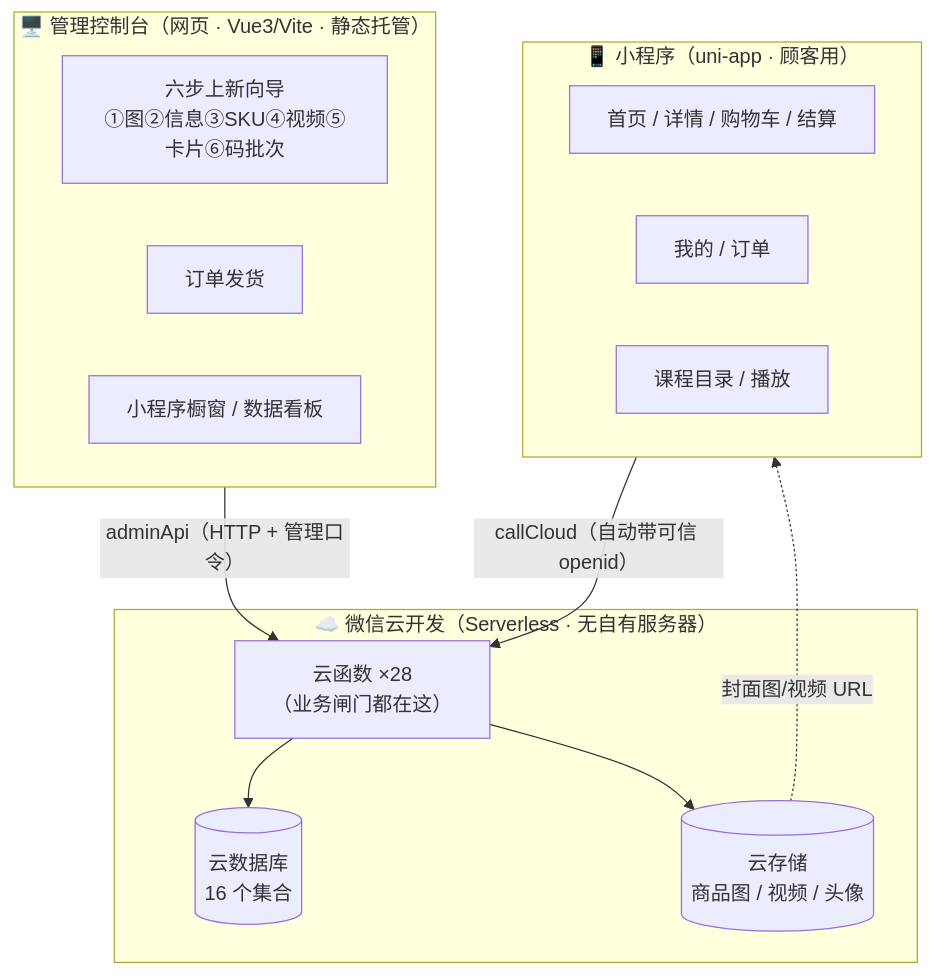
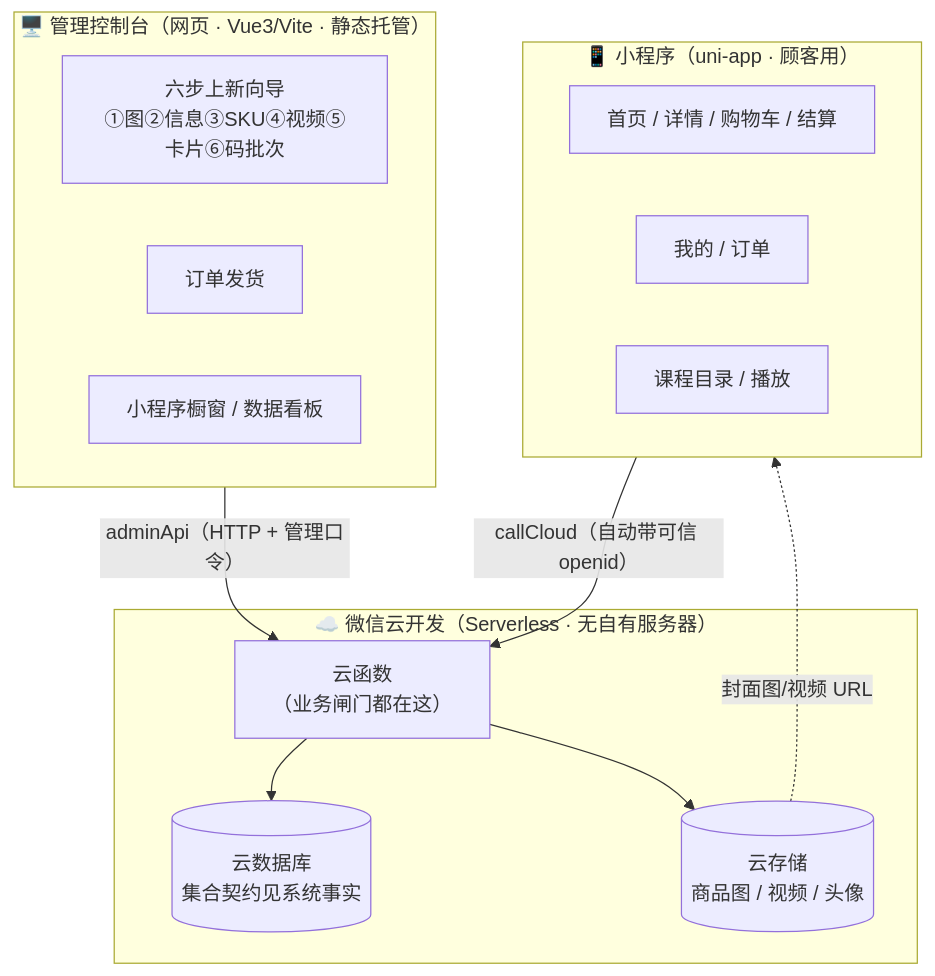
The first of 3 diagrams in docs/业务逻辑架构.md (ookiisparrow/luckyducky-fable), drawn with Mermaid before and after one commit. The commit also changed other lines of this file and 13 other files, not shown here.

````diff
--- a/docs/业务逻辑架构.md
+++ b/docs/业务逻辑架构.md
@@ -13,24 +13,24 @@
 ```mermaid
 flowchart TB
   subgraph 管理端["🖥️ 管理控制台（网页 · Vue3/Vite · 静态托管）"]
     A1["六步上新向导<br/>①图②信息③SKU④视频⑤卡片⑥码批次"]
     A2["订单发货"]
     A3["小程序橱窗 / 数据看板"]
   end
   subgraph 云["☁️ 微信云开发（Serverless · 无自有服务器）"]
-    F["云函数 ×28<br/>（业务闸门都在这）"]
-    DB[("云数据库<br/>16 个集合")]
+    F["云函数<br/>（业务闸门都在这）"]
+    DB[("云数据库<br/>集合契约见系统事实")]
     ST[("云存储<br/>商品图 / 视频 / 头像")]
   end
   subgraph 端["📱 小程序（uni-app · 顾客用）"]
     P1["首页 / 详情 / 购物车 / 结算"]
     P2["我的 / 订单"]
     P3["课程目录 / 播放"]
   end
 
   管理端 -->|"adminApi（HTTP + 管理口令）"| F
   端 -->|"callCloud（自动带可信 openid）"| F
   F --> DB
   F --> ST
   ST -. "封面图/视频 URL" .-> 端
 ```
````
